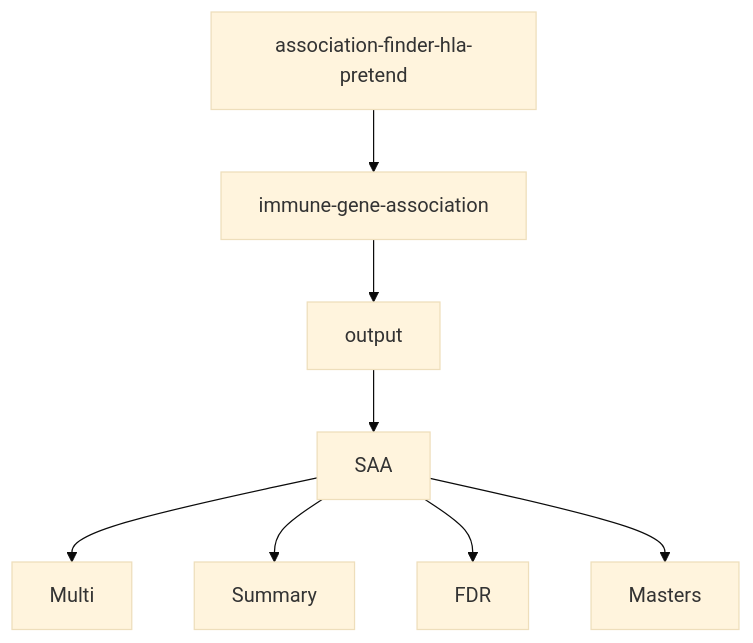
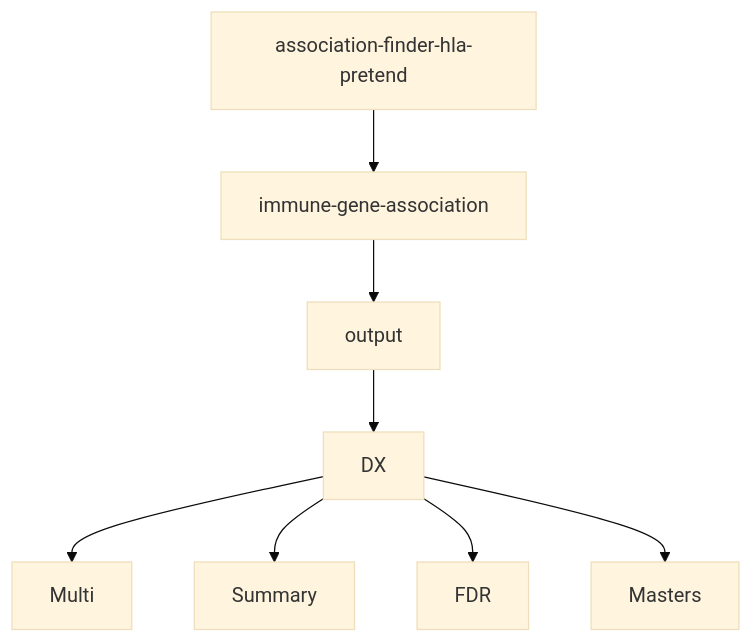
One commit to mdribus/association-finder-hla changed the diagram in README.md. Above: the diagram before and after it, drawn with Mermaid (base theme). The commit also changed other lines of this file, not shown here.

````diff
--- a/README.md
+++ b/README.md
@@ -58,8 +59,8 @@
 ```mermaid
 flowchart TD
-  A[association-finder-hla-pretend] --> B[immune-gene-association] --> C[output] --> D[SAA];
+  A[association-finder-hla-pretend] --> B[immune-gene-association] --> C[output] --> D[DX];
   D --> E[Multi]
   D --> F[Summary]
   D --> G[FDR]
   D --> H[Masters]
 ```
````
